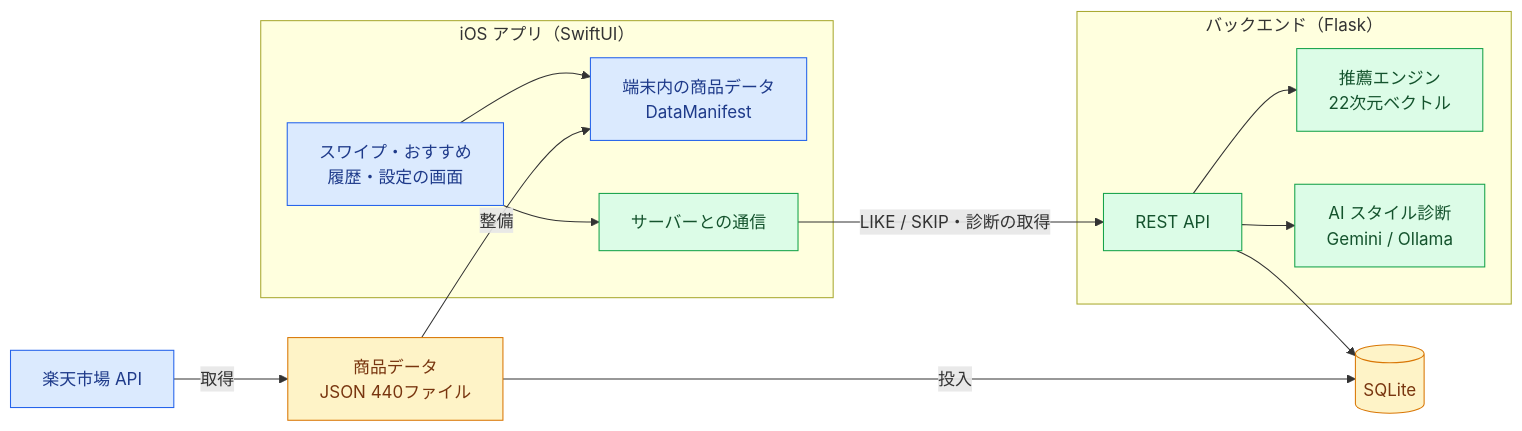
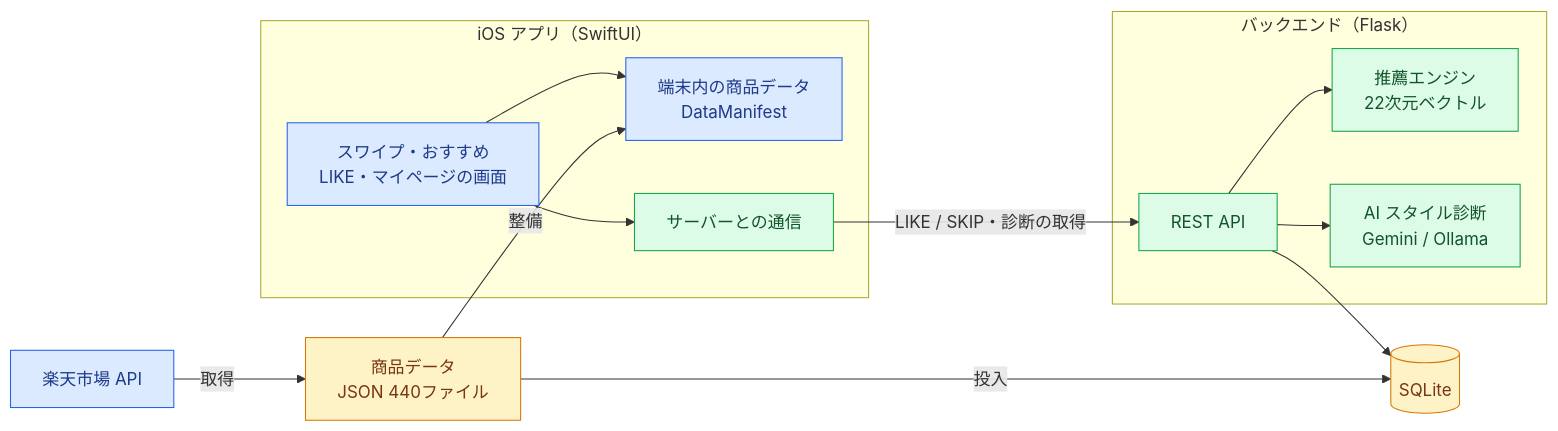
Before and after one commit to shu8719/swipe-fashion: the diagram in README.md, drawn with Mermaid. The commit also changed other lines of this file, not shown here.

````diff
--- a/README.md
+++ b/README.md
@@ -38,33 +40,33 @@
 ```mermaid
 flowchart LR
     subgraph iOS["iOS アプリ（SwiftUI）"]
-        UI["スワイプ・おすすめ<br/>履歴・設定の画面"]
+        UI["スワイプ・おすすめ<br/>LIKE・マイページの画面"]
         LOCAL["端末内の商品データ<br/>DataManifest"]
         NET["サーバーとの通信"]
     end
     subgraph Server["バックエンド（Flask）"]
         API["REST API"]
         REC["推薦エンジン<br/>22次元ベクトル"]
         LLM["AI スタイル診断<br/>Gemini / Ollama"]
     end
     DB[("SQLite")]
     RAKUTEN["楽天市場 API"]
     DATA["商品データ<br/>JSON 440ファイル"]
 
     UI --> LOCAL
     UI --> NET
     NET -->|LIKE / SKIP・診断の取得| API
     API --> REC
     API --> LLM
     API --> DB
     RAKUTEN -->|取得| DATA
     DATA -->|整備| LOCAL
     DATA -->|投入| DB
 
     classDef shu fill:#dbeafe,stroke:#2563eb,color:#1e3a8a
     classDef akamatsu fill:#dcfce7,stroke:#16a34a,color:#14532d
     classDef data fill:#fef3c7,stroke:#d97706,color:#78350f
     class UI,LOCAL,RAKUTEN shu
     class NET,API,REC,LLM akamatsu
     class DB,DATA data
 ```
````
